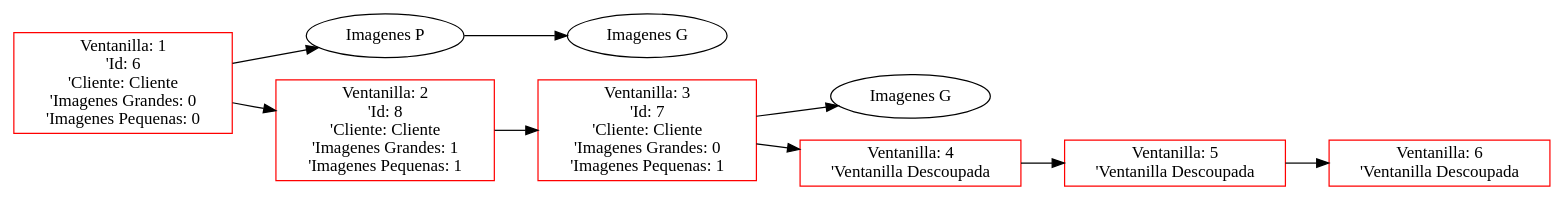
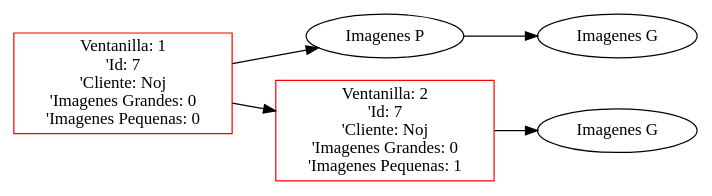
One commit to FranklinONP/EDD_PROYECTO_202200089 changed the diagram in Proyecto1/Proyecto1_202200089/Main/Ventanilla.dot. Above: the diagram before and after it, drawn with Graphviz. The commit also changed 16 other files, not shown here.

```diff
--- a/Proyecto1/Proyecto1_202200089/Main/Ventanilla.dot
+++ b/Proyecto1/Proyecto1_202200089/Main/Ventanilla.dot
@@ -1,20 +1,12 @@
  digraph G {
  rankdir=LR;
- node0 [label="Ventanilla: 1\n'Id: 6\n'Cliente: Cliente\n'Imagenes Grandes: 0\n'Imagenes Pequenas: 0", color="red", shape="rectangle"];
+ node0 [label="Ventanilla: 1\n'Id: 7\n'Cliente: Noj\n'Imagenes Grandes: 0\n'Imagenes Pequenas: 0", color="red", shape="rectangle"];
  element00 [label="Imagenes P", shape="ellipse"];
  node0 -> element00 [dir="forward"];
  element00 -> element01 [dir="forward"];
  element01 [label="Imagenes G", shape="ellipse"];
- node1 [label="Ventanilla: 2\n'Id: 8\n'Cliente: Cliente\n'Imagenes Grandes: 1\n'Imagenes Pequenas: 1", color="red", shape="rectangle"];
+ node1 [label="Ventanilla: 2\n'Id: 7\n'Cliente: Noj\n'Imagenes Grandes: 0\n'Imagenes Pequenas: 1", color="red", shape="rectangle"];
+ element10 [label="Imagenes G", shape="ellipse"];
+ node1 -> element10 [dir="forward"];
  node0 -> node1 [dir="forward"];
- node2 [label="Ventanilla: 3\n'Id: 7\n'Cliente: Cliente\n'Imagenes Grandes: 0\n'Imagenes Pequenas: 1", color="red", shape="rectangle"];
- element20 [label="Imagenes G", shape="ellipse"];
- node2 -> element20 [dir="forward"];
- node1 -> node2 [dir="forward"];
- node3 [label="Ventanilla: 4\n'Ventanilla Descoupada", color="red", shape="rectangle"];
- node2 -> node3 [dir="forward"];
- node4 [label="Ventanilla: 5\n'Ventanilla Descoupada", color="red", shape="rectangle"];
- node3 -> node4 [dir="forward"];
- node5 [label="Ventanilla: 6\n'Ventanilla Descoupada", color="red", shape="rectangle"];
- node4 -> node5 [dir="forward"];
  }
```
